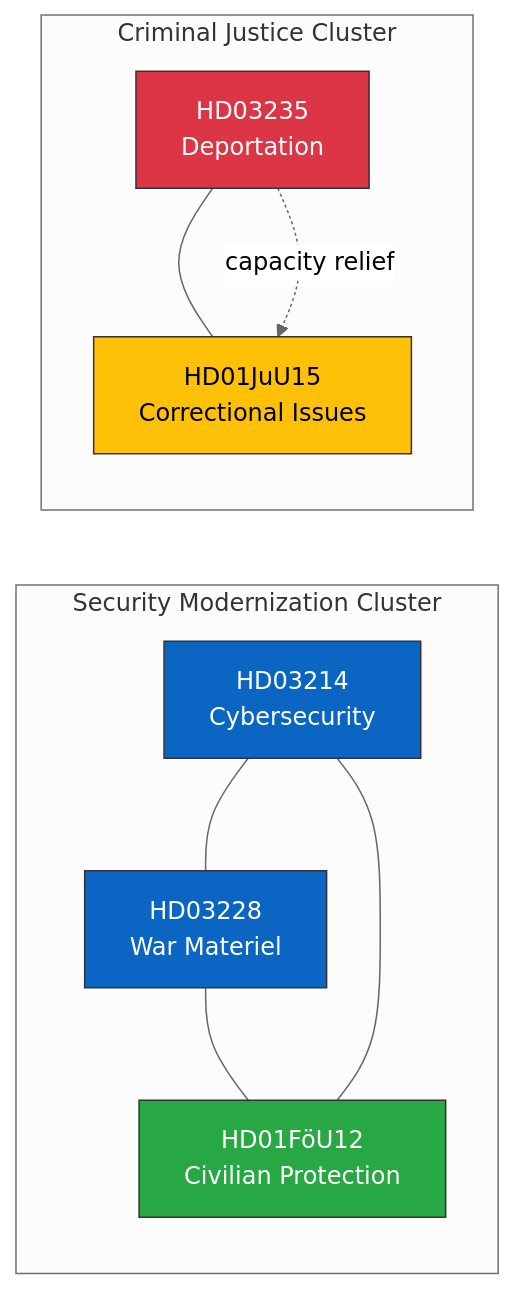
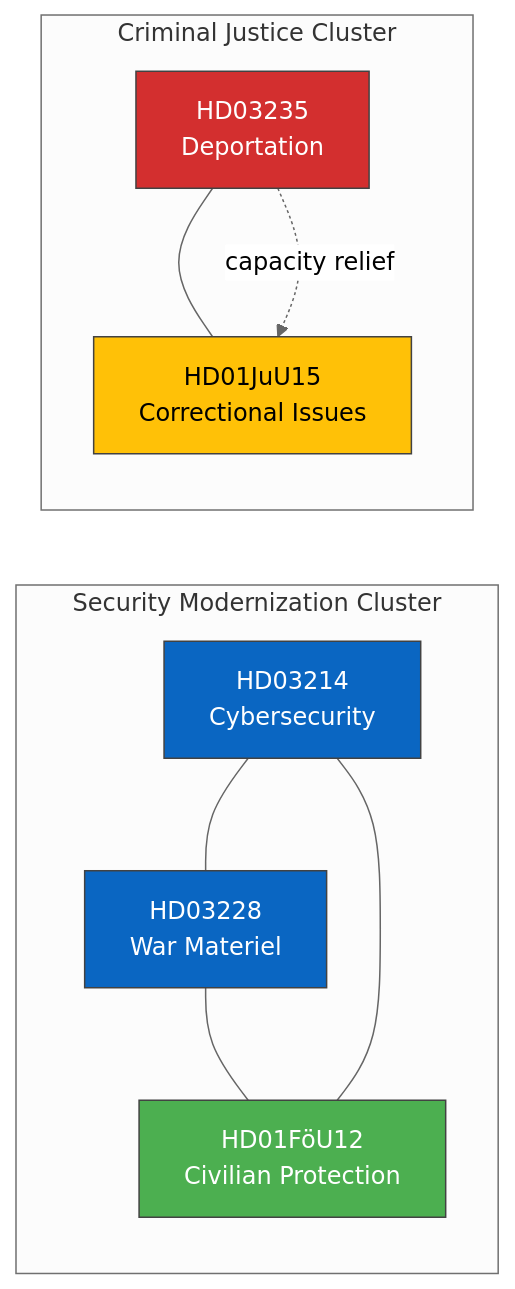
The second of 2 diagrams in analysis/daily/2026-04-04/realtime-1212/synthesis-summary.md (Hack23/riksdagsmonitor), drawn with Mermaid (neutral theme) before and after one commit. The commit also changed other lines of this file and 785 other files, not shown here.

First line of the commit message:
Normalize mermaid colors across 786 analysis artifacts to ISMS Style Guide palette

````diff
--- a/analysis/daily/2026-04-04/realtime-1212/synthesis-summary.md
+++ b/analysis/daily/2026-04-04/realtime-1212/synthesis-summary.md
@@ -71,17 +71,17 @@
 ```mermaid
 graph LR
     subgraph "Security Modernization Cluster"
         HD03214["HD03214<br/>Cybersecurity"] --- HD03228["HD03228<br/>War Materiel"]
         HD03228 --- FöU12["HD01FöU12<br/>Civilian Protection"]
         HD03214 --- FöU12
     end
     subgraph "Criminal Justice Cluster"
         HD03235["HD03235<br/>Deportation"] --- JuU15["HD01JuU15<br/>Correctional Issues"]
     end
     HD03235 -.->|"capacity relief"| JuU15
-    style HD03214 fill:#0A66C2,stroke:#333,color:#fff
-    style HD03228 fill:#0A66C2,stroke:#333,color:#fff
-    style FöU12 fill:#28a745,stroke:#333,color:#fff
-    style HD03235 fill:#dc3545,stroke:#333,color:#fff
-    style JuU15 fill:#ffc107,stroke:#333,color:#000
+    style HD03214 fill:#0A66C2,stroke:#424242,color:#FFFFFF
+    style HD03228 fill:#0A66C2,stroke:#424242,color:#FFFFFF
+    style FöU12 fill:#4CAF50,stroke:#424242,color:#FFFFFF
+    style HD03235 fill:#D32F2F,stroke:#424242,color:#FFFFFF
+    style JuU15 fill:#FFC107,stroke:#424242,color:#000000
 ```
````
